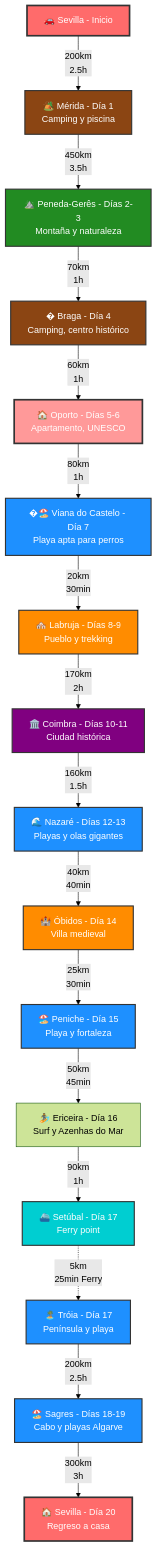
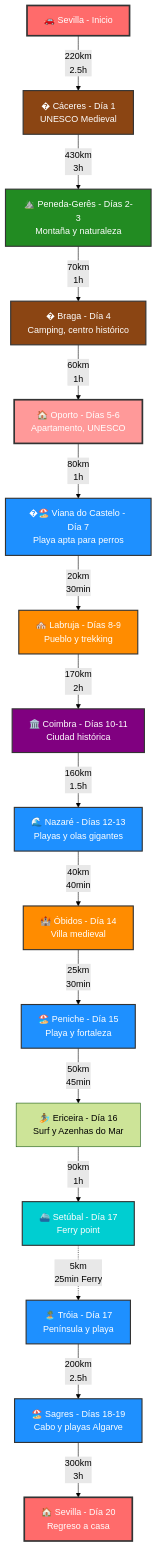
Before and after one commit to carlosrodlop/carlosrodlop-docs: the first of 4 diagrams in trips/Portugal_2025.md, drawn with Mermaid (forest theme). The commit also changed other lines of this file, not shown here.

````diff
--- a/trips/Portugal_2025.md
+++ b/trips/Portugal_2025.md
@@ -34,40 +34,41 @@
 ```mermaid
 flowchart TD
-    A[🚗 Sevilla - Inicio] -->|200km<br/>2.5h| B[🏕️ Mérida - Día 1<br/>Camping y piscina]
-    B -->|450km<br/>3.5h| C[⛰️ Peneda-Gerês - Días 2-3<br/>Montaña y naturaleza]
+    A[🚗 Sevilla - Inicio] -->|220km<br/>2.5h| B[� Cáceres - Día 1<br/>UNESCO Medieval]
+    B -->|430km<br/>3h| C[⛰️ Peneda-Gerês - Días 2-3<br/>Montaña y naturaleza]
     C -->|70km<br/>1h| D[�️ Braga - Día 4<br/>Camping, centro histórico]
     D -->|60km<br/>1h| E[🏠 Oporto - Días 5-6<br/>Apartamento, UNESCO]
     E -->|80km<br/>1h| F[�🏖️ Viana do Castelo - Día 7<br/>Playa apta para perros]
     F -->|20km<br/>30min| G[🏘️ Labruja - Días 8-9<br/>Pueblo y trekking]
     G -->|170km<br/>2h| H[🏛️ Coimbra - Días 10-11<br/>Ciudad histórica]
     H -->|160km<br/>1.5h| I[🌊 Nazaré - Días 12-13<br/>Playas y olas gigantes]
     I -->|40km<br/>40min| J[🏰 Óbidos - Día 14<br/>Villa medieval]
     J -->|25km<br/>30min| K[🏖️ Peniche - Día 15<br/>Playa y fortaleza]
     K -->|50km<br/>45min| L[🏄 Ericeira - Día 16<br/>Surf y Azenhas do Mar]
     L -->|90km<br/>1h| M[⛴️ Setúbal - Día 17<br/>Ferry point]
     M -.->|5km<br/>25min Ferry| N[🏝️ Tróia - Día 17<br/>Península y playa]
     N -->|200km<br/>2.5h| O[🏖️ Sagres - Días 18-19<br/>Cabo y playas Algarve]
     O -->|300km<br/>3h| P[🏠 Sevilla - Día 20<br/>Regreso a casa]
 
     %% Estilos
     classDef inicio fill:#ff6b6b,stroke:#333,stroke-width:3px,color:#fff
+    classDef medieval fill:#8b4513,stroke:#333,stroke-width:2px,color:#fff
     classDef camping fill:#8b4513,stroke:#333,stroke-width:2px,color:#fff
     classDef montaña fill:#228b22,stroke:#333,stroke-width:2px,color:#fff
     classDef playa fill:#1e90ff,stroke:#333,stroke-width:2px,color:#fff
     classDef ciudad fill:#800080,stroke:#333,stroke-width:2px,color:#fff
     classDef pueblo fill:#ff8c00,stroke:#333,stroke-width:2px,color:#fff
     classDef ferry fill:#00ced1,stroke:#333,stroke-width:2px,color:#fff
     classDef apartamento fill:#ff9999,stroke:#333,stroke-width:3px,color:#fff
     classDef final fill:#ff6b6b,stroke:#333,stroke-width:3px,color:#fff
 
     class A inicio
-    class B camping
+    class B medieval
     class C montaña
     class D camping
     class E apartamento
     class F,I,K,N,O playa
     class H ciudad
     class G,J pueblo
     class M ferry
     class P final
 ```
````
